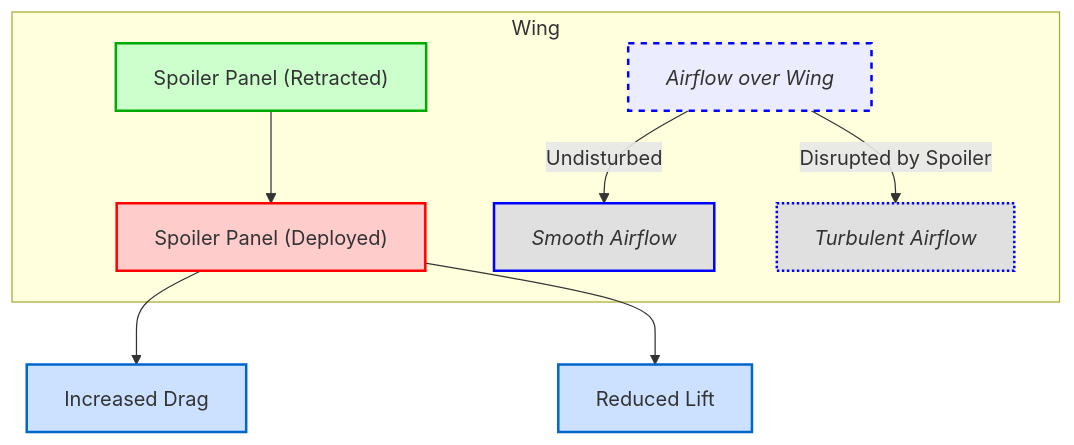
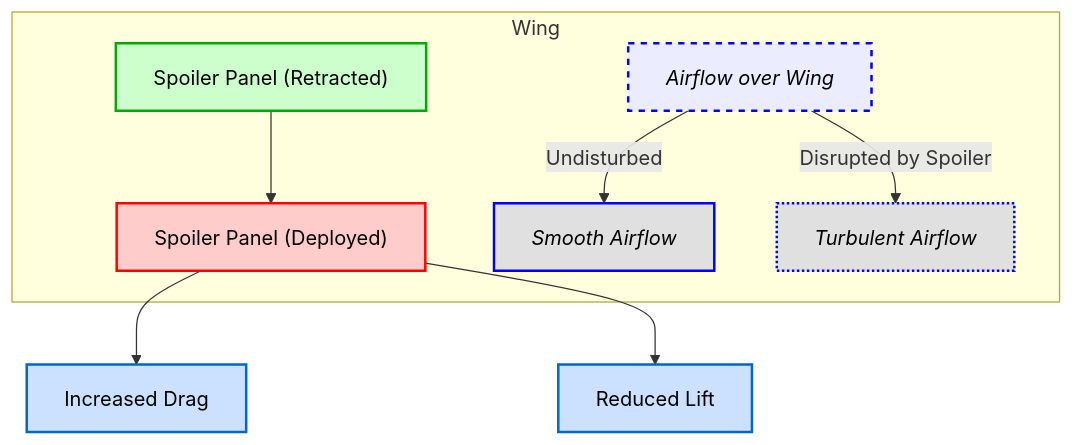
Diagram 11 of 15 in FTC_27-00-00-00-000 – ATA_27-Flight-Controls.md (Robbbo-T/Ampel360XWLRGA), drawn with Mermaid before and after one commit. The commit also changed other lines of this file, not shown here.

````diff
--- a/FTC_27-00-00-00-000 – ATA_27-Flight-Controls.md
+++ b/FTC_27-00-00-00-000 – ATA_27-Flight-Controls.md
@@ -3054,22 +3054,22 @@
 ```mermaid
 flowchart TD
     %% Subgraph to represent the wing system
     subgraph Wing
         A["Spoiler Panel (Retracted)"] --> B["Spoiler Panel (Deployed)"]
         C["Airflow over Wing"] -- Undisturbed --> D["Smooth Airflow"]
         C -- Disrupted by Spoiler --> E["Turbulent Airflow"]
     end
     
     %% Effects of deploying the spoiler
     B --> F["Increased Drag"]
     B --> G["Reduced Lift"]
 
     %% Styling elements for visual differentiation
-    style A fill:#ccffcc,stroke:#00aa00,stroke-width:2px
-    style B fill:#ffcccc,stroke:#ff0000,stroke-width:2px
-    style C stroke:#0000ff,stroke-width:2px,stroke-dasharray:5 5, font-style:italic
-    style D fill:#e0e0e0,stroke:#0000ff,stroke-width:2px, font-style:italic
-    style E fill:#e0e0e0,stroke:#0000ff,stroke-width:2px,stroke-dasharray:2 2, font-style:italic
-    style F fill:#cce0ff,stroke:#0066cc,stroke-width:2px
-    style G fill:#cce0ff,stroke:#0066cc,stroke-width:2px
+    style A fill:#ccffcc,stroke:#00aa00,stroke-width:2px,color:#000
+    style B fill:#ffcccc,stroke:#ff0000,stroke-width:2px,color:#000
+    style C stroke:#0000ff,stroke-width:2px,stroke-dasharray:5 5, font-style:italic,color:#000
+    style D fill:#e0e0e0,stroke:#0000ff,stroke-width:2px, font-style:italic,color:#000
+    style E fill:#e0e0e0,stroke:#0000ff,stroke-width:2px,stroke-dasharray:2 2, font-style:italic,color:#000
+    style F fill:#cce0ff,stroke:#0066cc,stroke-width:2px,color:#000
+    style G fill:#cce0ff,stroke:#0066cc,stroke-width:2px,color:#000
 ```
````
